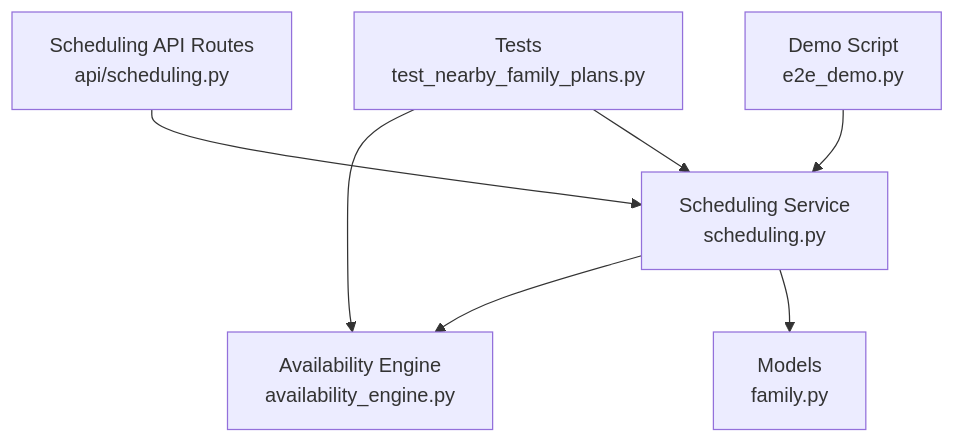
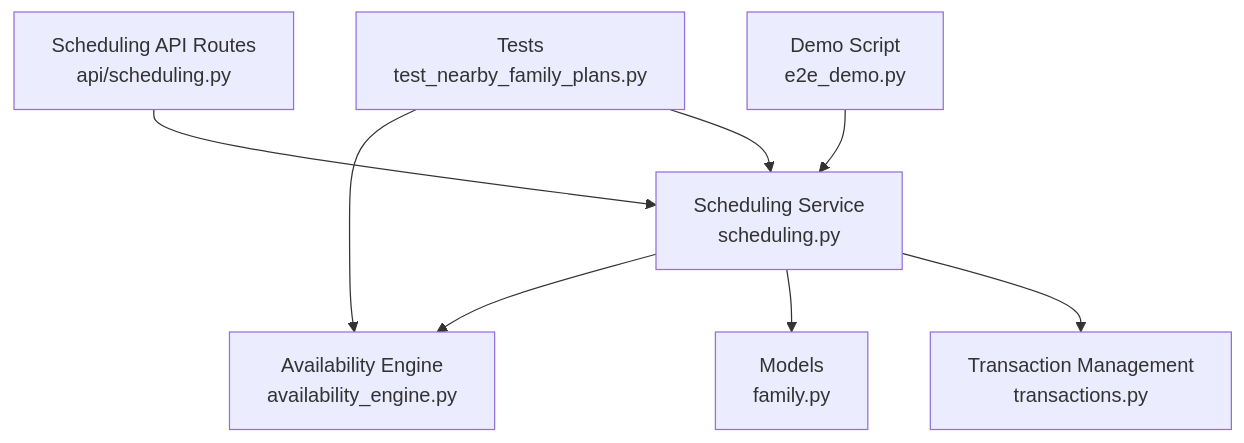
The first of 13 diagrams in .qoder/repowiki/en/content/Scheduling System/Family Booking Coordination.md (gokulkaarthicks/dental-chatbot), drawn with Mermaid before and after one commit. The commit also changed other lines of this file and 280 other files, not shown here.

````diff
--- a/.qoder/repowiki/en/content/Scheduling System/Family Booking Coordination.md
+++ b/.qoder/repowiki/en/content/Scheduling System/Family Booking Coordination.md
@@ -36,15 +45,17 @@
 ```mermaid
 graph TB
 Models["Models<br/>family.py"]
 Availability["Availability Engine<br/>availability_engine.py"]
 Scheduling["Scheduling Service<br/>scheduling.py"]
 API["Scheduling API Routes<br/>api/scheduling.py"]
 Tests["Tests<br/>test_nearby_family_plans.py"]
 Demo["Demo Script<br/>e2e_demo.py"]
+Transactions["Transaction Management<br/>transactions.py"]
 API --> Scheduling
 Scheduling --> Availability
 Scheduling --> Models
+Scheduling --> Transactions
 Tests --> Availability
 Tests --> Scheduling
 Demo --> Scheduling
 ```
````
